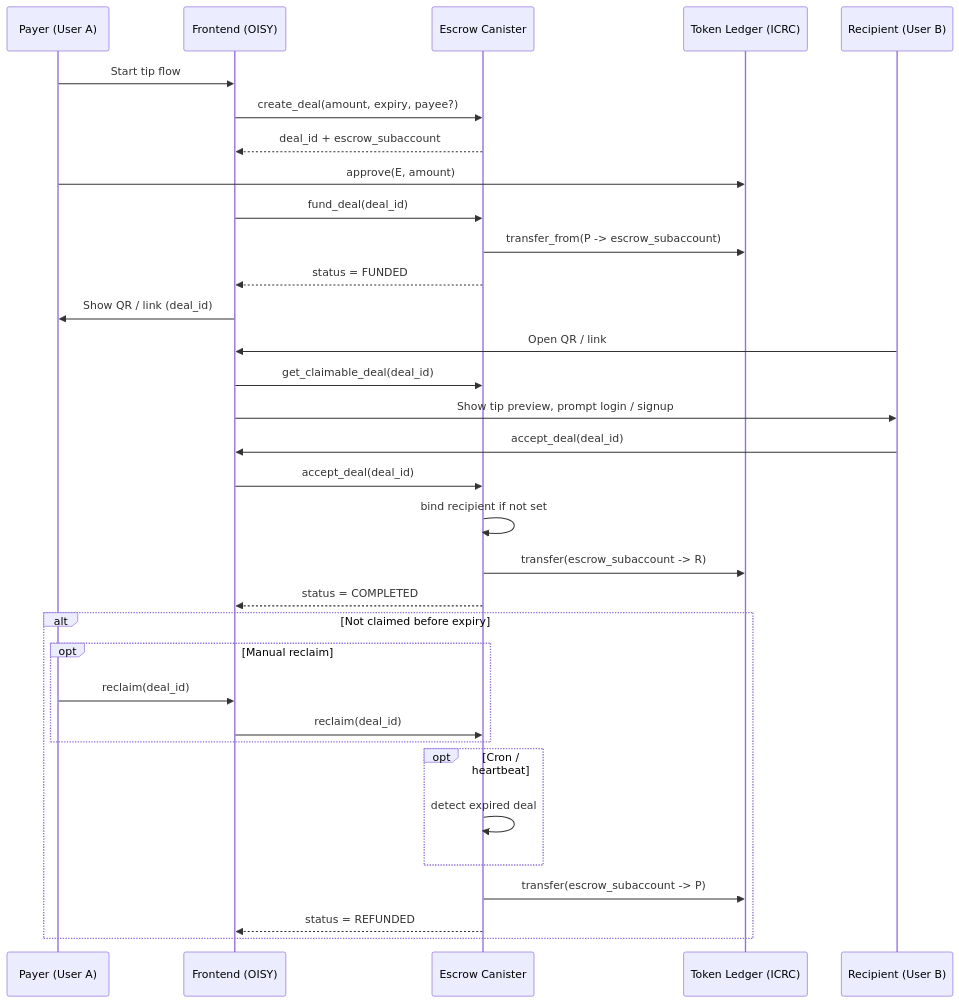
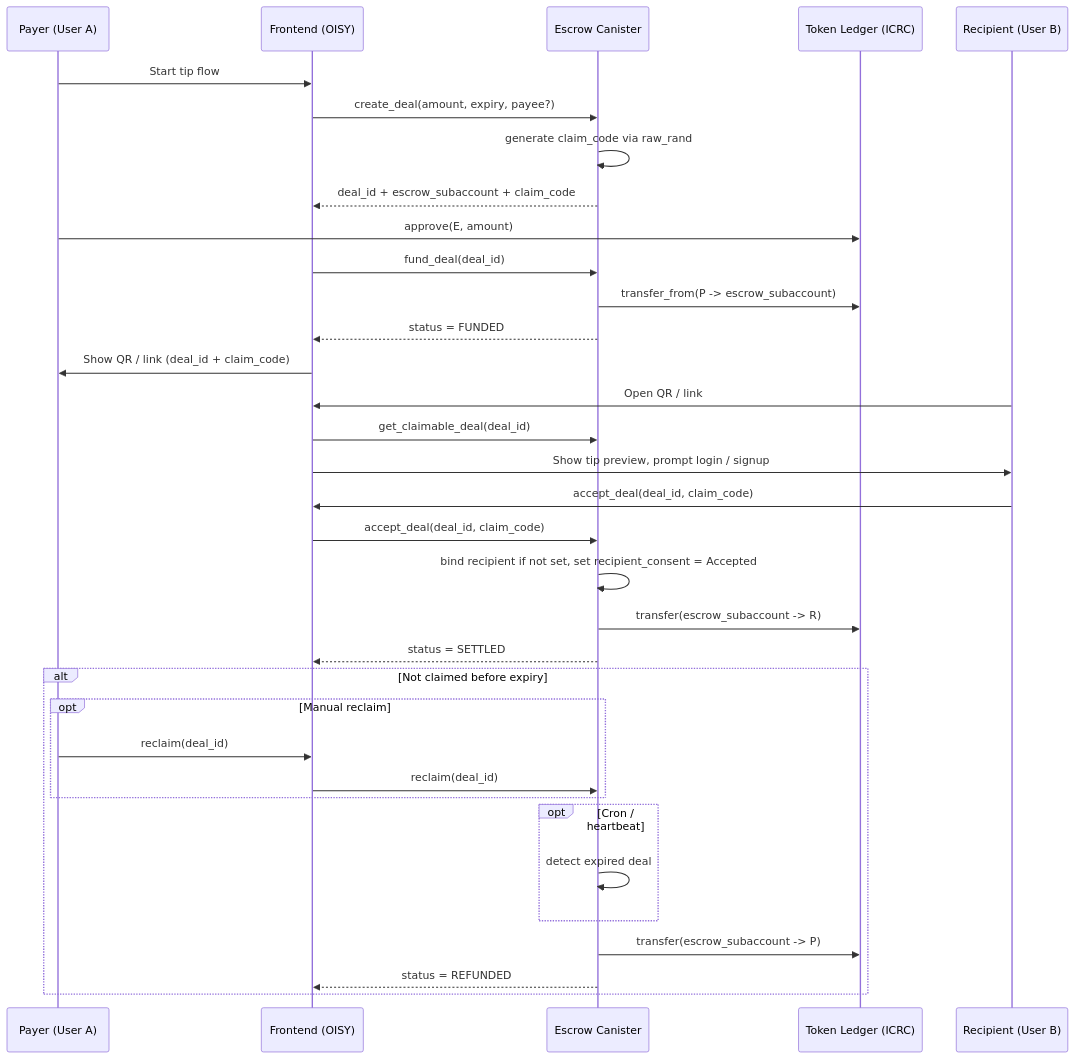
One commit to AntonioVentilii/escrow changed the first of 3 diagrams in TIPS.md. Above: the diagram before and after it, drawn with Mermaid. The commit also changed other lines of this file and 21 other files, not shown here.

````diff
--- a/TIPS.md
+++ b/TIPS.md
@@ -32,50 +50,51 @@
 ```mermaid
 sequenceDiagram
     participant P as Payer (User A)
     participant F as Frontend (OISY)
     participant E as Escrow Canister
     participant L as Token Ledger (ICRC)
     participant R as Recipient (User B)
 
     %% --- CREATE DEAL ---
     P->>F: Start tip flow
     F->>E: create_deal(amount, expiry, payee?)
-    E-->>F: deal_id + escrow_subaccount
+    E->>E: generate claim_code via raw_rand
+    E-->>F: deal_id + escrow_subaccount + claim_code
 
     %% --- FUNDING ---
     P->>L: approve(E, amount)
     F->>E: fund_deal(deal_id)
     E->>L: transfer_from(P -> escrow_subaccount)
     E-->>F: status = FUNDED
 
     %% --- SHARE ---
-    F->>P: Show QR / link (deal_id)
+    F->>P: Show QR / link (deal_id + claim_code)
 
     %% --- CLAIM ---
     R->>F: Open QR / link
     F->>E: get_claimable_deal(deal_id)
     F->>R: Show tip preview, prompt login / signup
 
-    R->>F: accept_deal(deal_id)
-    F->>E: accept_deal(deal_id)
+    R->>F: accept_deal(deal_id, claim_code)
+    F->>E: accept_deal(deal_id, claim_code)
 
     %% --- BIND RECIPIENT ---
-    E->>E: bind recipient if not set
+    E->>E: bind recipient if not set, set recipient_consent = Accepted
 
     %% --- SETTLEMENT ---
     E->>L: transfer(escrow_subaccount -> R)
-    E-->>F: status = COMPLETED
+    E-->>F: status = SETTLED
 
     %% --- EXPIRY PATH ---
     alt Not claimed before expiry
         opt Manual reclaim
             P->>F: reclaim(deal_id)
             F->>E: reclaim(deal_id)
         end
         opt Cron / heartbeat
             E->>E: detect expired deal
         end
         E->>L: transfer(escrow_subaccount -> P)
         E-->>F: status = REFUNDED
     end
 ```
````
